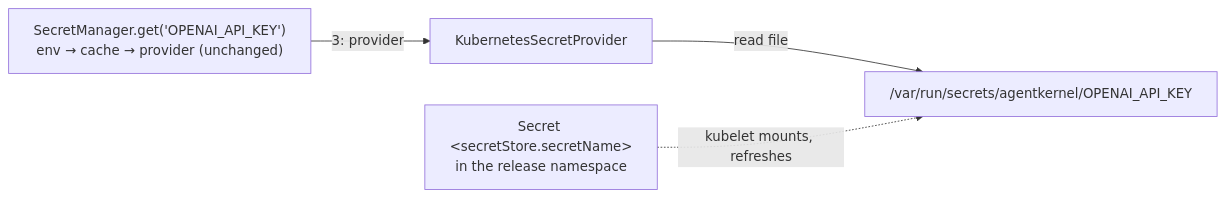
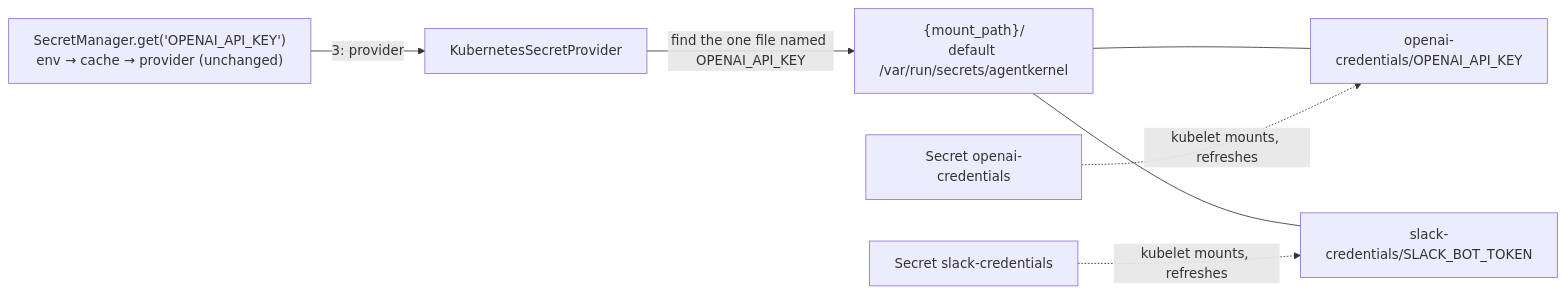
One commit to yaalalabs/agent-kernel changed the diagram in docs/specs/749-2-kubernetes-secret-provider/design.md. Above: the diagram before and after it, drawn with Mermaid. The commit also changed other lines of this file, not shown here.

First line of the commit message:
Update Kubernetes Secret provider design to support multi-Secret mounts

````diff
--- a/docs/specs/749-2-kubernetes-secret-provider/design.md
+++ b/docs/specs/749-2-kubernetes-secret-provider/design.md
@@ -45,6 +68,9 @@
 ```mermaid
 graph LR
     M["SecretManager.get('OPENAI_API_KEY')<br/>env → cache → provider (unchanged)"] -->|"3: provider"| P["KubernetesSecretProvider"]
-    P -->|"read file"| F["/var/run/secrets/agentkernel/OPENAI_API_KEY"]
-    S["Secret &lt;secretStore.secretName&gt;<br/>in the release namespace"] -.kubelet mounts, refreshes.-> F
+    P -->|"find the one file named OPENAI_API_KEY"| D["{mount_path}/<br/>default /var/run/secrets/agentkernel"]
+    D --- A["openai-credentials/OPENAI_API_KEY"]
+    D --- B["slack-credentials/SLACK_BOT_TOKEN"]
+    S1["Secret openai-credentials"] -.kubelet mounts, refreshes.-> A
+    S2["Secret slack-credentials"] -.kubelet mounts, refreshes.-> B
 ```
````
